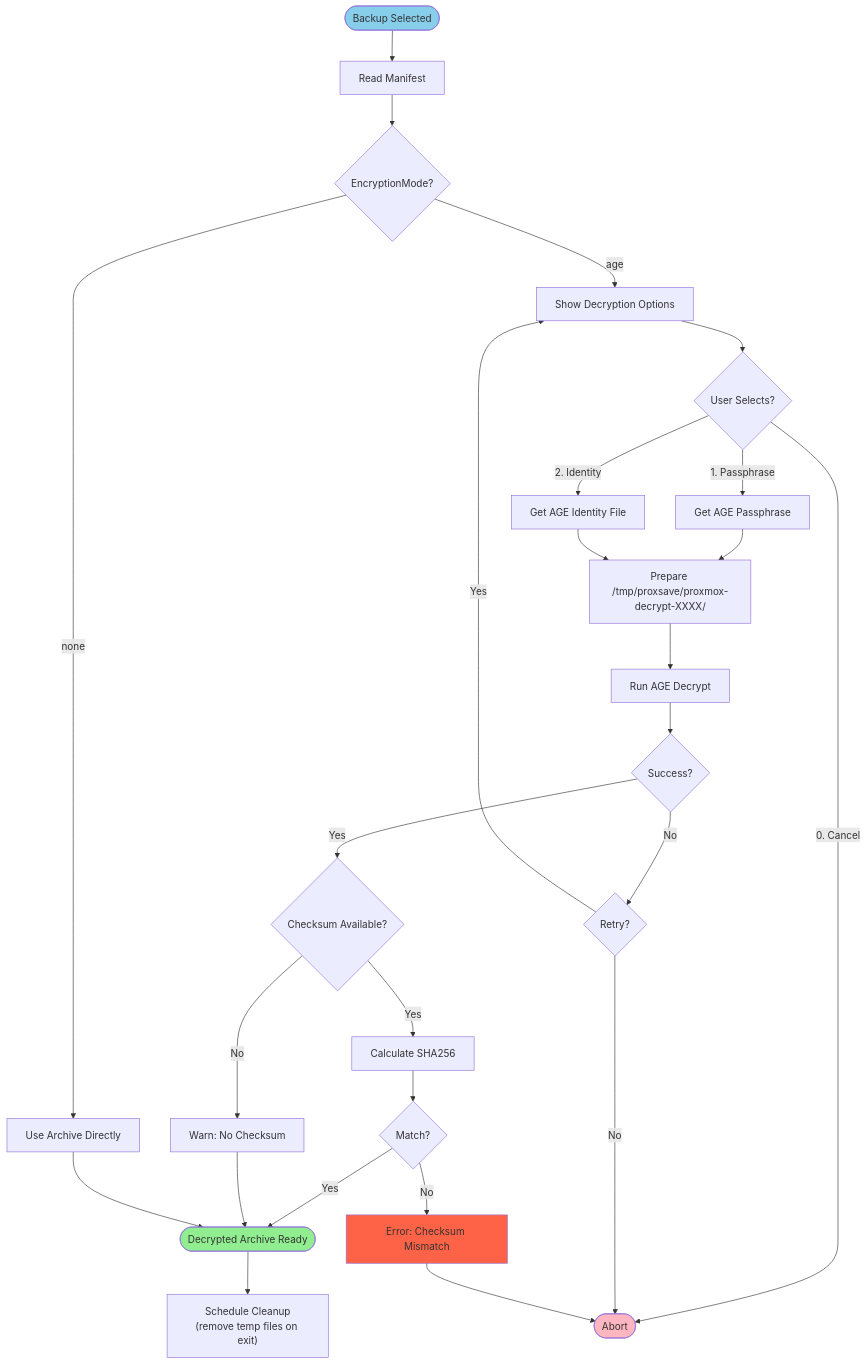
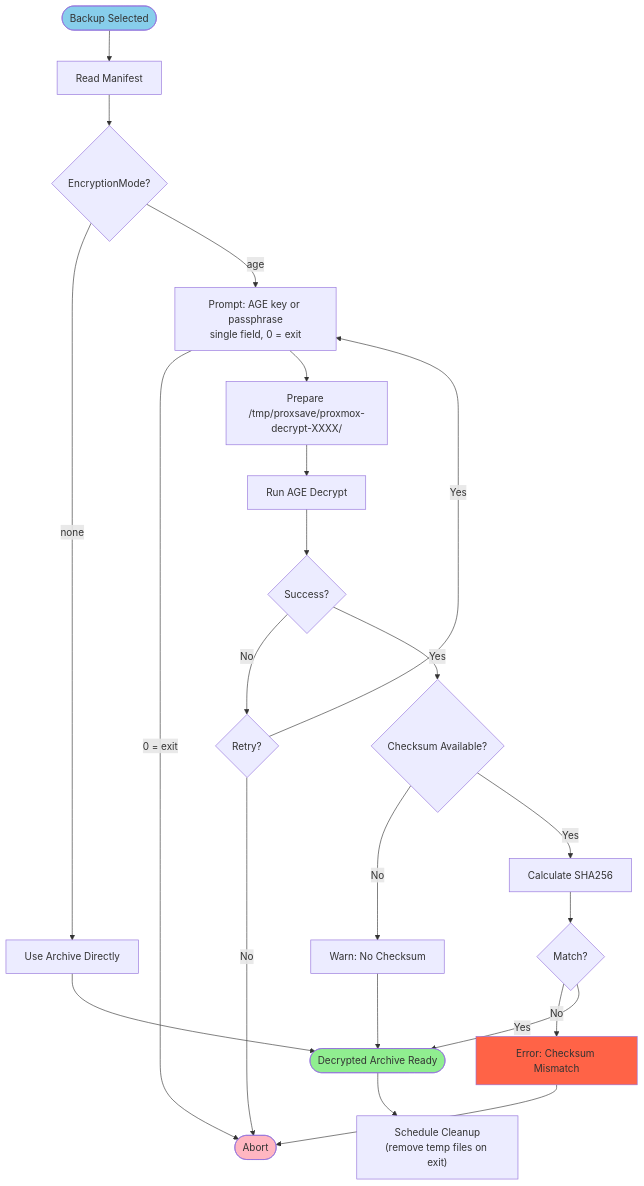
One commit to tis24dev/proxsave changed the tenth of 13 diagrams in docs/RESTORE_DIAGRAMS.md. Above: the diagram before and after it, drawn with Mermaid. The commit also changed other lines of this file and 503 other files, not shown here.

````diff
--- a/docs/RESTORE_DIAGRAMS.md
+++ b/docs/RESTORE_DIAGRAMS.md
@@ -536,42 +533,37 @@
 ```mermaid
 flowchart TD
     Start([Backup Selected]) --> ReadManifest[Read Manifest]
     ReadManifest --> CheckEnc{EncryptionMode?}
 
     CheckEnc -->|"none"| Plain[Use Archive Directly]
-    CheckEnc -->|"age"| ShowOptions[Show Decryption Options]
+    CheckEnc -->|"age"| GetSecret[Prompt: AGE key or passphrase<br/>single field, 0 = exit]
 
-    ShowOptions --> UserChoice{User Selects?}
-    UserChoice -->|1. Passphrase| GetPass[Get AGE Passphrase]
-    UserChoice -->|2. Identity| GetKey[Get AGE Identity File]
-    UserChoice -->|0. Cancel| Abort([Abort])
-
-    GetPass --> PrepareTemp[Prepare /tmp/proxsave/proxmox-decrypt-XXXX/]
-    GetKey --> PrepareTemp
+    GetSecret -->|"0 = exit"| Abort([Abort])
+    GetSecret --> PrepareTemp[Prepare /tmp/proxsave/proxmox-decrypt-XXXX/]
 
     PrepareTemp --> Decrypt[Run AGE Decrypt]
     Decrypt --> DecryptResult{Success?}
 
     DecryptResult -->|No| RetryPrompt{Retry?}
-    RetryPrompt -->|Yes| ShowOptions
+    RetryPrompt -->|Yes| GetSecret
     RetryPrompt -->|No| Abort
 
     DecryptResult -->|Yes| ChecksumCheck{Checksum Available?}
     ChecksumCheck -->|No| WarnNoCheck[Warn: No Checksum]
     ChecksumCheck -->|Yes| VerifySum[Calculate SHA256]
 
     VerifySum --> CompareSum{Match?}
     CompareSum -->|No| ChecksumFail[Error: Checksum Mismatch]
     CompareSum -->|Yes| Success
 
     ChecksumFail --> Abort
     WarnNoCheck --> Success([Decrypted Archive Ready])
     Plain --> Success
 
     Success --> DeferCleanup["Schedule Cleanup<br/>(remove temp files on exit)"]
 
     style Start fill:#87CEEB
     style Success fill:#90EE90
     style Abort fill:#FFB6C1
     style ChecksumFail fill:#FF6347
 ```
````
